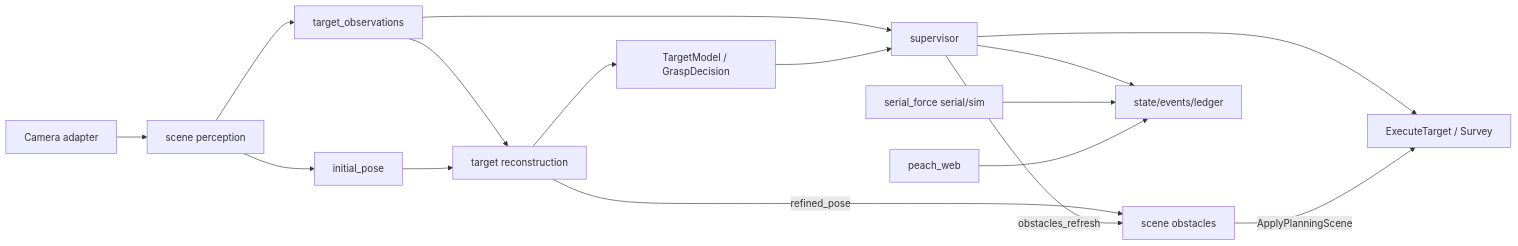
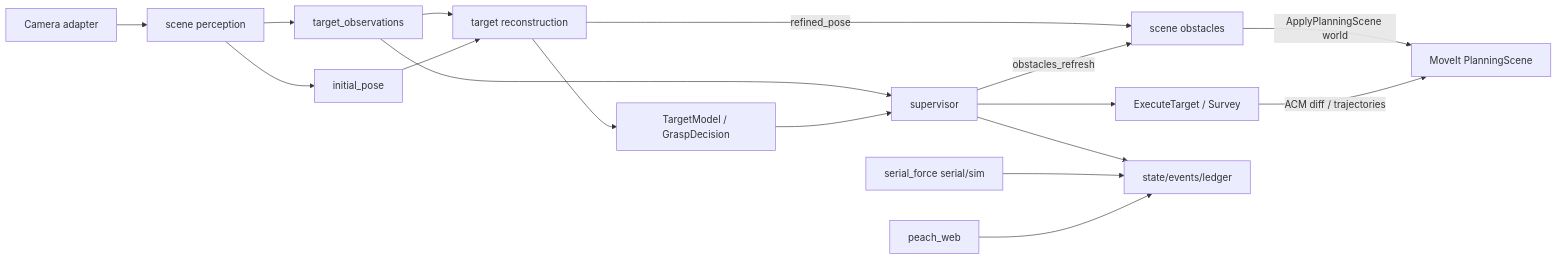
The diagram in docs/architecture/02-runtime-flow.md (MUHAN11-c/aubo_boot), drawn with Mermaid before and after one commit. The commit also changed other lines of this file and 268 other files, not shown here.

````diff
--- a/docs/architecture/02-runtime-flow.md
+++ b/docs/architecture/02-runtime-flow.md
@@ -3,18 +3,19 @@
 ```mermaid
 flowchart LR
   CAM[Camera adapter] --> SP[scene perception]
   SP --> OBSV[target_observations]
   SP --> INIT[initial_pose]
   OBSV --> TR[target reconstruction]
   INIT --> TR
   TR --> MODEL[TargetModel / GraspDecision]
   OBSV --> SUP[supervisor]
   MODEL --> SUP
   SUP --> ARM[ExecuteTarget / Survey]
   TR -->|refined_pose| SO[scene obstacles]
   SUP -->|obstacles_refresh| SO
-  SO -->|ApplyPlanningScene| ARM
+  SO -->|ApplyPlanningScene world| MOVEIT[MoveIt PlanningScene]
+  ARM -->|ACM diff / trajectories| MOVEIT
   SUP --> OBS[state/events/ledger]
   FORCE[serial_force serial/sim] --> OBS
   WEB[peach_web] --> OBS
 ```
````
